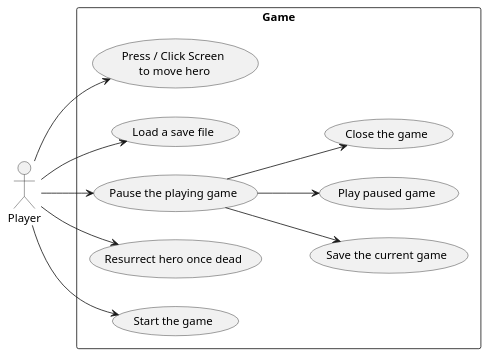
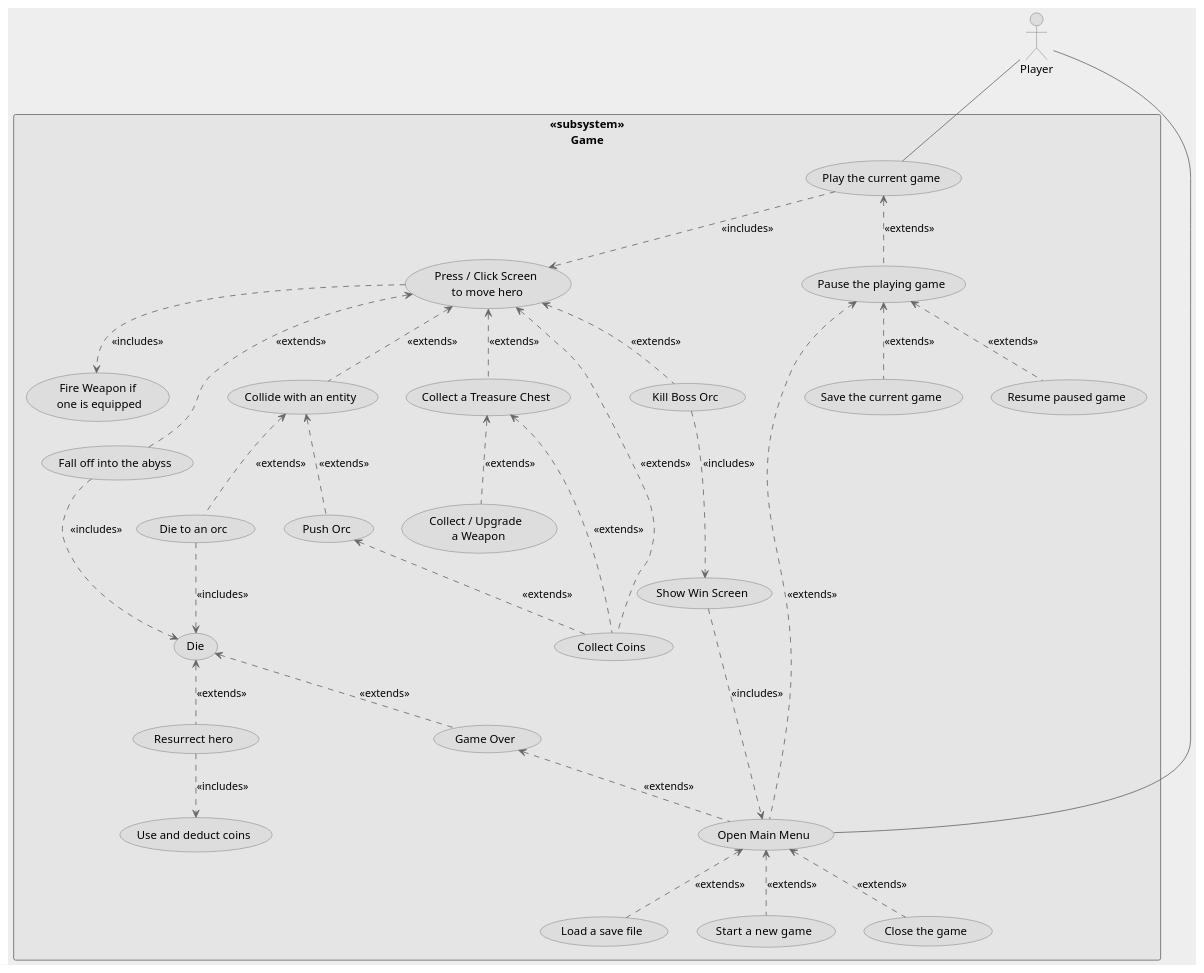
The diagram in documentation/UML/UseCase.puml (madhava20217/Will-Hero---JavaFX-clone), drawn with PlantUML before and after one commit. The commit also changed 2 other files, not shown here.

Commit message:
completed use case diagram

```diff
--- a/documentation/UML/UseCase.puml
+++ b/documentation/UML/UseCase.puml
@@ -1,26 +1,85 @@
 @startuml
-left to right direction
+
 skinparam packageStyle rectangle
 
 :Player: as pl
 
-rectangle Game {
+skinparam BackgroundColor #EEE
+
+skinparam rectangle {
+    BackgroundColor #E5E5E5
+    BorderColor #666
+}
+
+skinparam arrowColor #666
+
+skinparam usecase {
+    BackgroundColor #DDD
+    BorderColor #666
+}
+
+skinparam actor {
+    BorderColor #666
+    BackgroundColor #DDD
+}
+
+rectangle <<subsystem>>\nGame {
     (Press / Click Screen\n to move hero) as press
     (Load a save file) as load
     (Save the current game) as save
     (Pause the playing game) as pause
-    (Play paused game) as play
-    (Resurrect hero once dead) as resurrect
-    (Start the game) as start
+    (Resume paused game) as resume
+    (Resurrect hero) as resurrect
+    (Use and deduct coins) as use_coins
+    (Start a new  game) as start
     (Close the game) as exit
+    (Open Main Menu) as initialise
+    (Play the current game) as play
+    (Collect a Treasure Chest) as collect
+    (Collect Coins) as collect_coins
+    (Collide with an entity) as collide
+    (Die to an orc) as orc
+    (Fire Weapon if\n one is equipped) as fire_weapon
+    (Push Orc) as push_orc
+    (Fall off into the abyss) as fall_off
+    (Die) as die
+    (Collect / Upgrade \n a Weapon) as collect_weapon
+    (Game Over) as game_over
+    (Kill Boss Orc) as boss_win
+    (Show Win Screen) as win
 }
 
-pl --> press
-pl --> load
-pl --> start
-pl --> pause
-pause --> play
-pause --> save
-pause --> exit
-pl --> resurrect
+pl -- initialise
+initialise <.. start: <<extends>>
+initialise <.. load: <<extends>>
+initialise <.. exit: <<extends>>
+
+play ..> press: <<includes>>
+play <.. pause: <<extends>>
+pause <.. resume: <<extends>>
+pause <.. save: <<extends>>
+
+press <.. collect: <<extends>>
+press <.. collide: <<extends>>
+press <.. collect_coins: <<extends>>
+press ..> fire_weapon: <<includes>>
+die <.. resurrect: <<extends>>
+resurrect ..> use_coins: <<includes>>
+pause <.. initialise: <<extends>>
+collide <.. push_orc: <<extends>>
+push_orc <.. collect_coins: <<extends>>
+collide <.. orc: <<extends>>
+press <.. fall_off: <<extends>>
+orc ..> die: <<includes>>
+fall_off ..> die: <<includes>>
+collect <.. collect_coins: <<extends>>
+collect <.. collect_weapon: <<extends>>
+die <.. game_over: <<extends>>
+game_over <.. initialise: <<extends>>
+
+press <.. boss_win: <<extends>>
+boss_win ..> win: <<includes>>
+win ..> initialise: <<includes>>
+pl -- play
+
 @enduml
```
